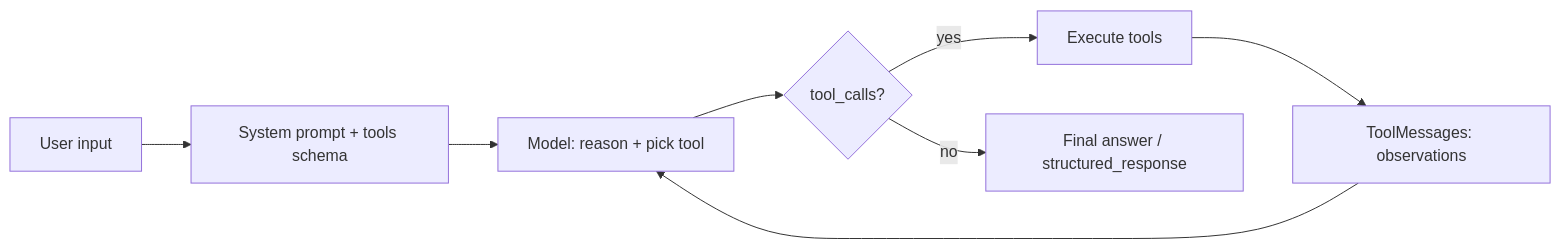
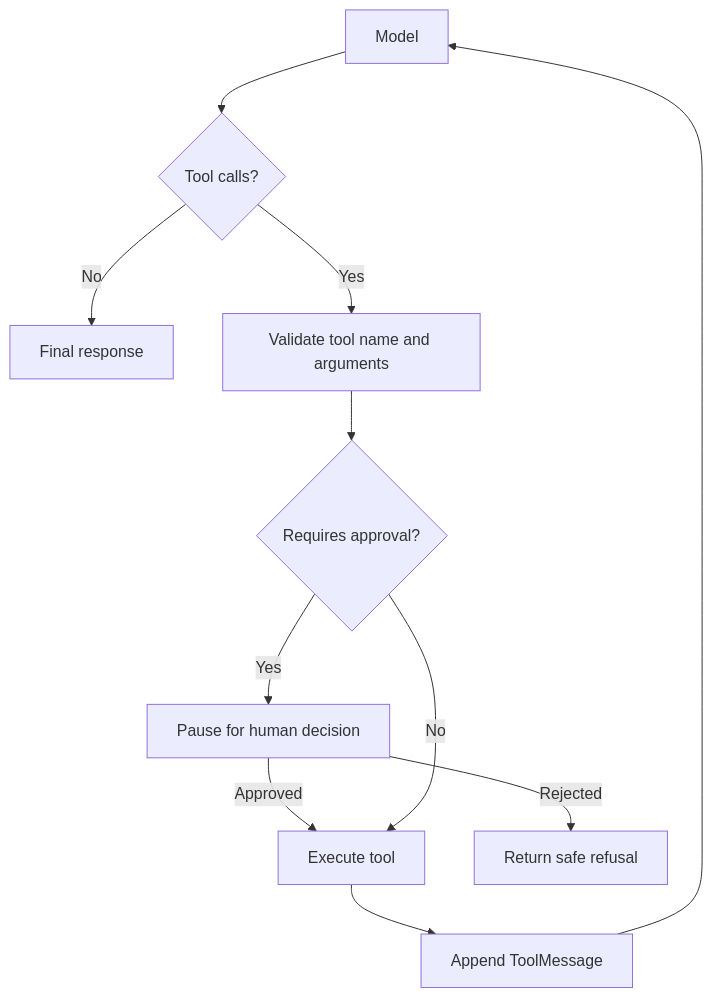
The fourth of 7 diagrams in 07.LangChain_Ecosystem/LangChain/LangChain.md (MakCoder-2004/AI-Engineering-Sheet), drawn with Mermaid before and after one commit. The commit also changed other lines of this file and 4 other files, not shown here.

````diff
--- a/07.LangChain_Ecosystem/LangChain/LangChain.md
+++ b/07.LangChain_Ecosystem/LangChain/LangChain.md
@@ -557,10 +241,13 @@
 ```mermaid
-flowchart LR
-    U[User input] --> P[System prompt + tools schema]
-    P --> M[Model: reason + pick tool]
-    M --> T{tool_calls?}
-    T -- yes --> X[Execute tools]
-    X --> O[ToolMessages: observations]
+flowchart TB
+    M[Model] --> Q{Tool calls?}
+    Q -->|No| F[Final response]
+    Q -->|Yes| V[Validate tool name and arguments]
+    V --> P{Requires approval?}
+    P -->|Yes| H[Pause for human decision]
+    H -->|Approved| T[Execute tool]
+    H -->|Rejected| R[Return safe refusal]
+    P -->|No| T
+    T --> O[Append ToolMessage]
     O --> M
-    T -- no --> F[Final answer / structured_response]
 ```
````
